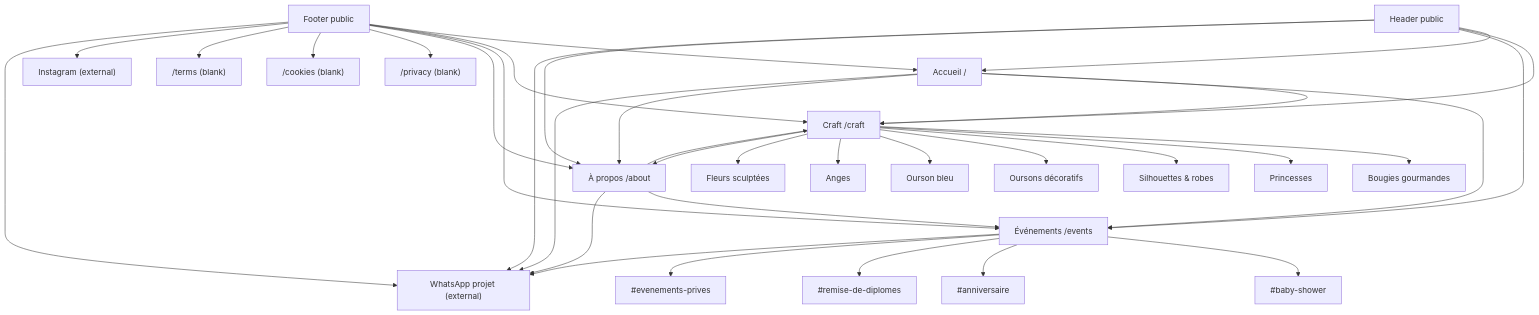
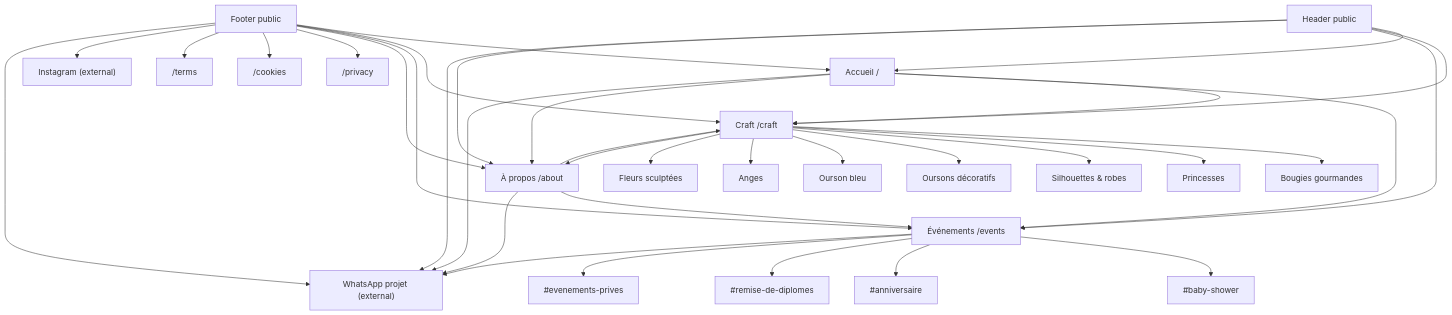
The first of 5 diagrams in docs/WEBSITE_AUDIT.md (HID4N1/sareine_craft), drawn with Mermaid before and after one commit. The commit also changed other lines of this file and 1 other file, not shown here.

````diff
--- a/docs/WEBSITE_AUDIT.md
+++ b/docs/WEBSITE_AUDIT.md
@@ -225,46 +241,46 @@
 ```mermaid
 flowchart TD
     HOME["Accueil /"]
     HEADER["Header public"]
     FOOTER["Footer public"]
 
     HEADER --> HOME
     HEADER --> CRAFT["Craft /craft"]
     HEADER --> EVENTS["Événements /events"]
     HEADER --> ABOUT["À propos /about"]
     HEADER --> WHATSAPP["WhatsApp projet (external)"]
 
     HOME --> CRAFT
     HOME --> EVENTS
     HOME --> ABOUT
     HOME --> WHATSAPP
 
     CRAFT --> C1["Bougies gourmandes"]
     CRAFT --> C2["Princesses"]
     CRAFT --> C3["Silhouettes & robes"]
     CRAFT --> C4["Oursons décoratifs"]
     CRAFT --> C5["Ourson bleu"]
     CRAFT --> C6["Anges"]
     CRAFT --> C7["Fleurs sculptées"]
     CRAFT --> ABOUT
 
     EVENTS --> E1["#baby-shower"]
     EVENTS --> E2["#anniversaire"]
     EVENTS --> E3["#remise-de-diplomes"]
     EVENTS --> E4["#evenements-prives"]
     EVENTS --> WHATSAPP
 
     ABOUT --> CRAFT
     ABOUT --> EVENTS
     ABOUT --> WHATSAPP
 
     FOOTER --> HOME
     FOOTER --> CRAFT
     FOOTER --> EVENTS
     FOOTER --> ABOUT
-    FOOTER --> PRIVACY["/privacy (blank)"]
-    FOOTER --> COOKIES["/cookies (blank)"]
-    FOOTER --> TERMS["/terms (blank)"]
+    FOOTER --> PRIVACY["/privacy"]
+    FOOTER --> COOKIES["/cookies"]
+    FOOTER --> TERMS["/terms"]
     FOOTER --> INSTAGRAM["Instagram (external)"]
     FOOTER --> WHATSAPP
 ```
````
